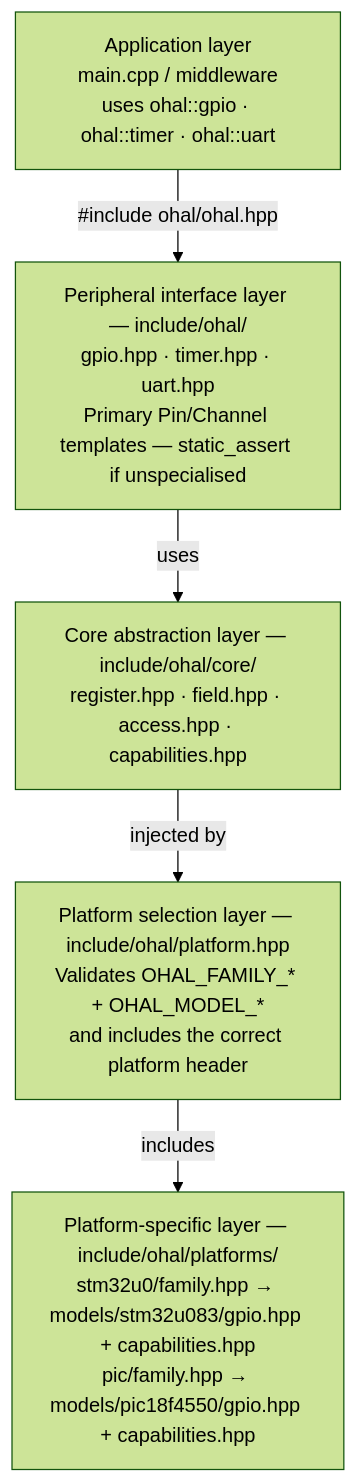
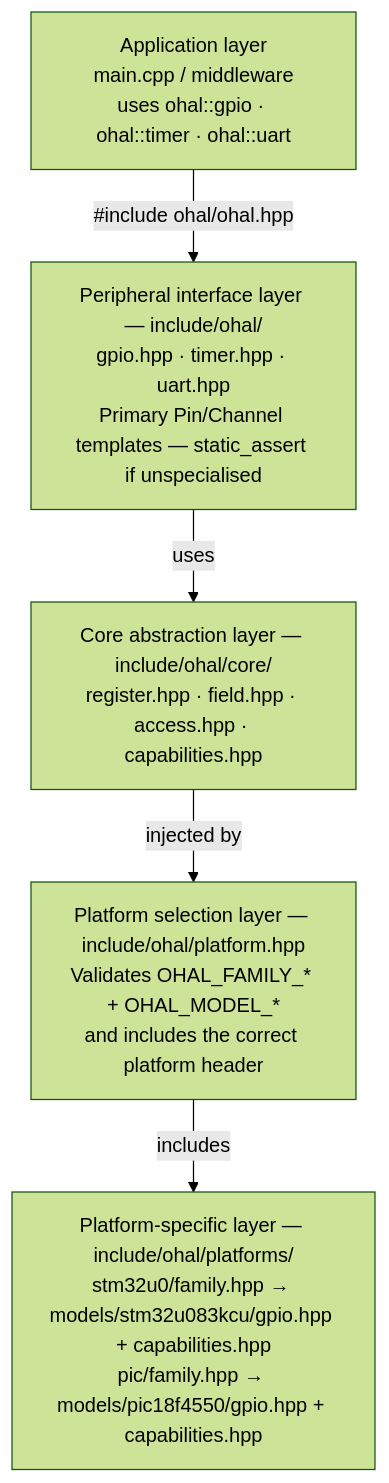
The first of 2 diagrams in docs/contributor/architecture.md (grahame-org/ohal), drawn with Mermaid (forest theme) before and after one commit. The commit also changed 4 other files, not shown here.

First line of the commit message:
fix: update all stale OHAL_MODEL_STM32U083 references to OHAL_MODEL_STM32U083KCU

````diff
--- a/docs/contributor/architecture.md
+++ b/docs/contributor/architecture.md
@@ -22,13 +22,13 @@
 ```mermaid
 graph TD
     APP["Application layer\nmain.cpp / middleware\nuses ohal::gpio · ohal::timer · ohal::uart"]
     PIL["Peripheral interface layer — include/ohal/\ngpio.hpp · timer.hpp · uart.hpp\nPrimary Pin/Channel templates — static_assert if unspecialised"]
     CAL["Core abstraction layer — include/ohal/core/\nregister.hpp · field.hpp · access.hpp · capabilities.hpp"]
     PSL["Platform selection layer — include/ohal/platform.hpp\nValidates OHAL_FAMILY_* + OHAL_MODEL_*\nand includes the correct platform header"]
-    PPL["Platform-specific layer — include/ohal/platforms/\nstm32u0/family.hpp → models/stm32u083/gpio.hpp + capabilities.hpp\npic/family.hpp → models/pic18f4550/gpio.hpp + capabilities.hpp"]
+    PPL["Platform-specific layer — include/ohal/platforms/\nstm32u0/family.hpp → models/stm32u083kcu/gpio.hpp + capabilities.hpp\npic/family.hpp → models/pic18f4550/gpio.hpp + capabilities.hpp"]
 
     APP -->|"#include ohal/ohal.hpp"| PIL
     PIL -->|uses| CAL
     CAL -->|injected by| PSL
     PSL -->|includes| PPL
 ```
````
